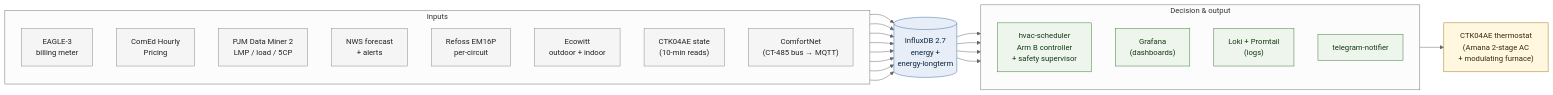
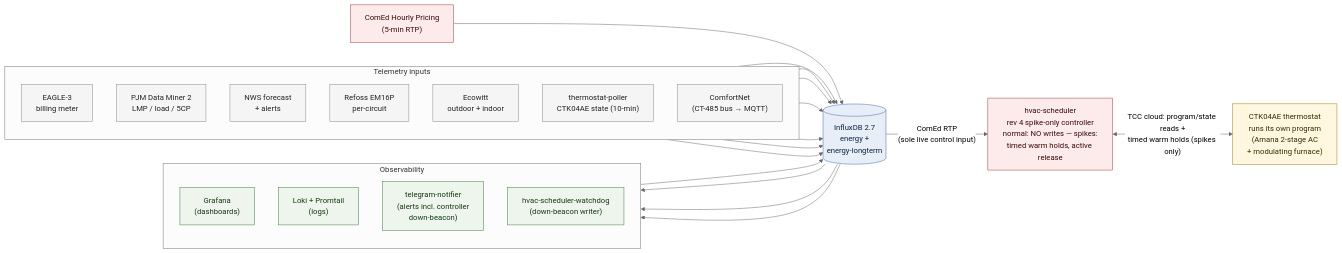
Before and after one commit to FireDevPro/energy-stack: the diagram in docs/diagrams/architecture.mmd, drawn with Mermaid (neutral theme). The commit also changed 8 other files, not shown here.

```diff
--- a/docs/diagrams/architecture.mmd
+++ b/docs/diagrams/architecture.mmd
@@ -1,48 +1,58 @@
 %% Top-level architecture diagram for README.md
-%% Source of truth. Rendered to architecture.svg via:
+%% Source of truth. Rendered to architecture.svg + architecture.png via:
 %%   npx -y @mermaid-js/mermaid-cli -i docs/diagrams/architecture.mmd -o docs/diagrams/architecture.svg -t neutral -b transparent
-%% Re-render after any edits and commit both files together.
+%%   npx -y @mermaid-js/mermaid-cli -i docs/diagrams/architecture.mmd -o docs/diagrams/architecture.png -t neutral -b white -w 1600 -H 1400
+%% Re-render after any edits and commit all three files together.
+%% Rev 4.1 (2026-07-06): spike-only controller — normal prices: the thermostat
+%% runs its own program, controller writes nothing; spikes: timed warm holds,
+%% actively released when prices confirm cheap. ComEd RTP is the SOLE live
+%% control input; everything else is telemetry/observability.
 
 flowchart LR
   classDef store fill:#e8eef7,stroke:#3b6aa0,color:#0b2540
   classDef input fill:#f5f5f5,stroke:#888,color:#222
   classDef output fill:#eef5ec,stroke:#3a7a3a,color:#143a14
   classDef hw fill:#fff7e0,stroke:#a07a14,color:#3a2a05
+  classDef ctrl fill:#fdeaea,stroke:#a03b3b,color:#3a0b0b
 
-  subgraph IN["Inputs"]
+  subgraph IN["Telemetry inputs"]
     direction TB
     E["EAGLE-3<br/>billing meter"]:::input
-    C["ComEd Hourly<br/>Pricing"]:::input
     P["PJM Data Miner 2<br/>LMP / load / 5CP"]:::input
     N["NWS forecast<br/>+ alerts"]:::input
     R["Refoss EM16P<br/>per-circuit"]:::input
     W["Ecowitt<br/>outdoor + indoor"]:::input
-    T["CTK04AE state<br/>(10-min reads)"]:::input
+    T["thermostat-poller<br/>CTK04AE state (10-min)"]:::input
     CN["ComfortNet<br/>(CT-485 bus &rarr; MQTT)"]:::input
   end
 
+  C["ComEd Hourly Pricing<br/>(5-min RTP)"]:::ctrl
+
   DB[("InfluxDB 2.7<br/>energy +<br/>energy-longterm")]:::store
 
-  subgraph OUT["Decision &amp; output"]
+  subgraph OUT["Observability"]
     direction TB
-    H["hvac-scheduler<br/>Arm B controller<br/>+ safety supervisor"]:::output
     G["Grafana<br/>(dashboards)"]:::output
     L["Loki + Promtail<br/>(logs)"]:::output
-    M["telegram-notifier"]:::output
+    M["telegram-notifier<br/>(alerts incl. controller<br/>down-beacon)"]:::output
+    WD["hvac-scheduler-watchdog<br/>(down-beacon writer)"]:::output
   end
 
-  TS["CTK04AE thermostat<br/>(Amana 2-stage AC<br/>+ modulating furnace)"]:::hw
+  H["hvac-scheduler<br/>rev 4 spike-only controller<br/>normal: NO writes &mdash; spikes:<br/>timed warm holds, active release"]:::ctrl
+
+  TS["CTK04AE thermostat<br/>runs its own program<br/>(Amana 2-stage AC<br/>+ modulating furnace)"]:::hw
 
   E --> DB
   C --> DB
   P --> DB
   N --> DB
   R --> DB
   W --> DB
   T --> DB
   CN --> DB
-  DB --> H
+  DB -->|"ComEd RTP<br/>(sole live control input)"| H
   DB --> G
   DB --> M
   DB --> L
-  H --> TS
+  WD --> DB
+  H <-->|"TCC cloud: program/state reads +<br/>timed warm holds (spikes only)"| TS
```
